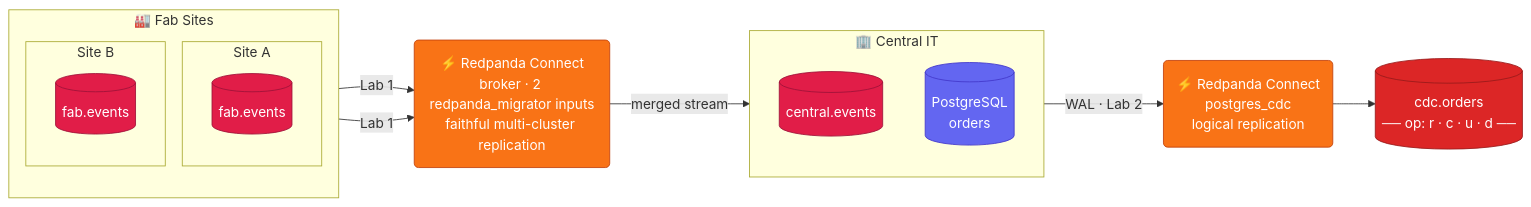
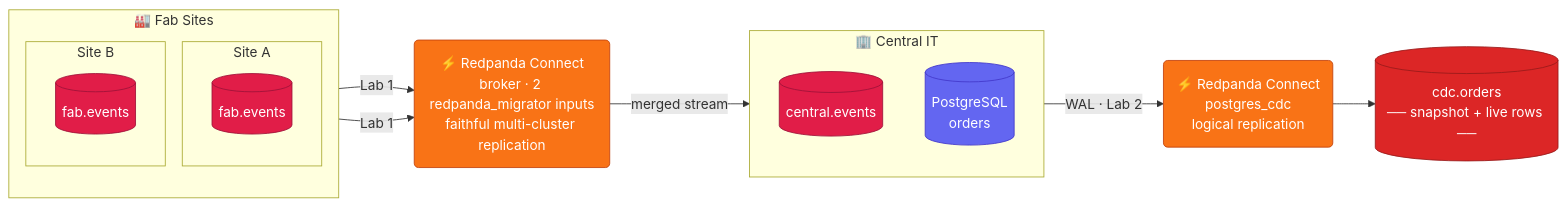
The diagram in README.md (WesWWagner/redpanda-connect-workshop), drawn with Mermaid before and after one commit. The commit also changed 2 other files, not shown here.

Commit message:
Docs: make Lab 2 match the real postgres_cdc output + de-clutter
Second student walkthrough confirmed the Lab 1 fixes but found Lab 2 doc bugs.

- lab-2-cdc.md: replace the Debezium-style {"op":"r"/"c"/"u","before","after"}
  "expected output" (which the connector never emits) with the real FLAT row
  shape: {"_captured_at":...,"id":...,"item":...,"qty":...,"status":...}. Explain
  you distinguish insert vs update by new-vs-repeated id, not an op field. Update
  the mermaid "Event types" accordingly.
- lab-2-cdc.md: drop the `source .env` from every block and the redundant
  `--env-file .env` (matches README + lab-1); fix the hard-coded insert id.
- lab-2-cdc.md: add a local-mode pointer and a warning that a stale replication
  slot makes the next run skip its snapshot (with the drop-slot fix).
- README.md: mermaid cdc.orders label no longer claims "op: r/c/u/d".
- lab-1-fan-in.md: Part 3 tells local users to lint configs/fan-in.local.yaml.

Ground-truthed against a real run: 12 CDC events, flat rows, snapshot + insert
+ update.

````diff
--- a/README.md
+++ b/README.md
@@ -10,39 +10,39 @@
 ```mermaid
 flowchart LR
     subgraph FABS["🏭  Fab Sites"]
         direction TB
         subgraph sA["Site A"]
             TA[("fab.events")]
         end
         subgraph sB["Site B"]
             TB[("fab.events")]
         end
     end
 
     RC1("⚡ Redpanda Connect\nbroker · 2 redpanda_migrator inputs\nfaithful multi-cluster replication")
 
     subgraph CENTRAL["🏢  Central IT"]
         direction TB
         HUB[("central.events")]
         PG[("PostgreSQL\norders")]
     end
 
     RC2("⚡ Redpanda Connect\npostgres_cdc\nlogical replication")
-    CDC[("cdc.orders\n── op: r · c · u · d ──")]
+    CDC[("cdc.orders\n── snapshot + live rows ──")]
 
     TA -->|"Lab 1"| RC1
     TB -->|"Lab 1"| RC1
     RC1 -->|"merged stream"| HUB
     PG -->|"WAL  ·  Lab 2"| RC2
     RC2 --> CDC
 
     classDef topic fill:#e11d48,color:#fff,stroke:#9f1239
     classDef connect fill:#f97316,color:#fff,stroke:#c2410c
     classDef db fill:#6366f1,color:#fff,stroke:#4338ca
     classDef out fill:#dc2626,color:#fff,stroke:#991b1b
 
     class TA,TB,HUB topic
     class RC1,RC2 connect
     class PG db
     class CDC out
 ```
````
